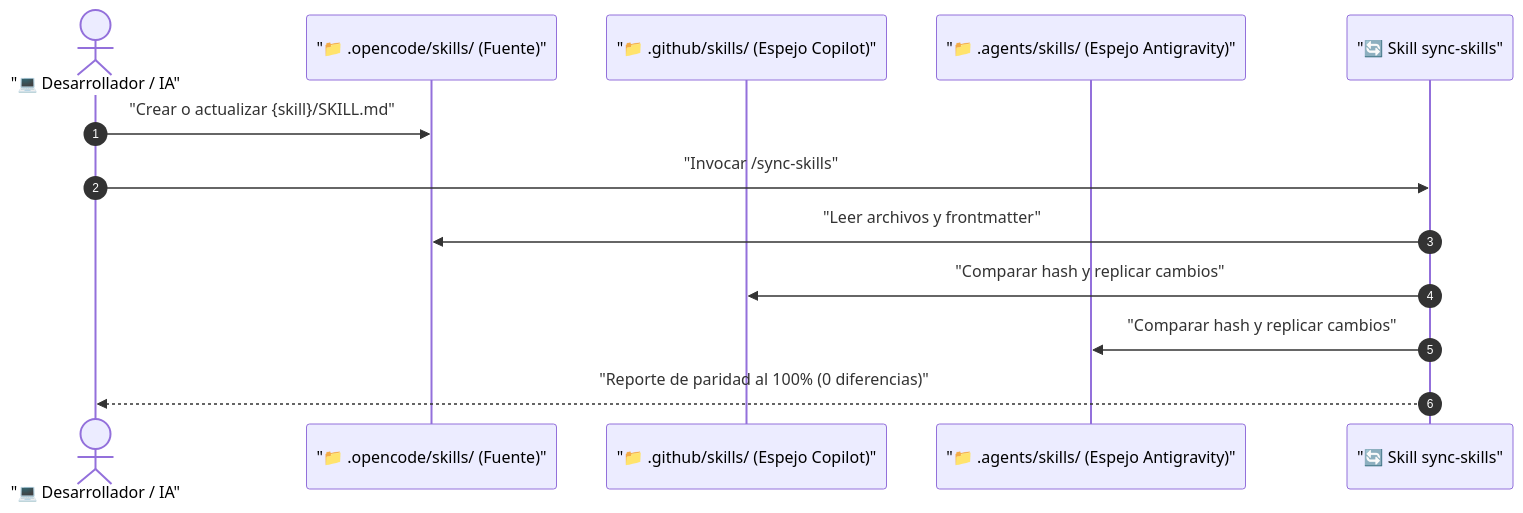
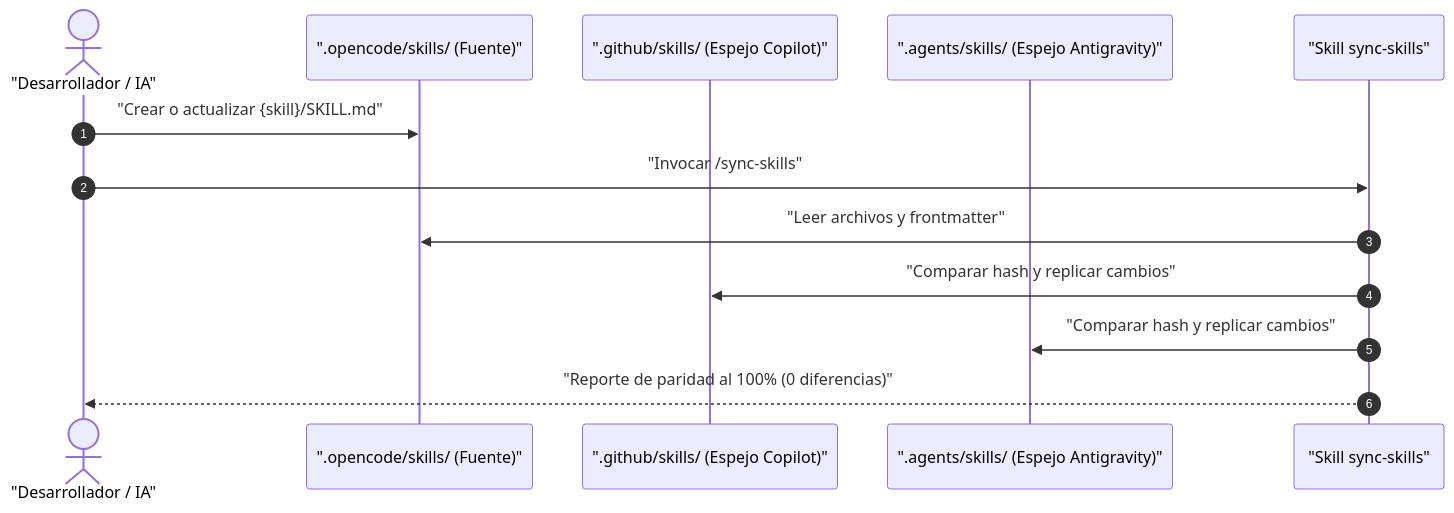
Before and after one commit to Nayid4/ContextForge: the diagram in project-docs/knowledge/modules/triple-sync-engine/sequence.md, drawn with Mermaid. The commit also changed 32 other files, not shown here.

````diff
--- a/project-docs/knowledge/modules/triple-sync-engine/sequence.md
+++ b/project-docs/knowledge/modules/triple-sync-engine/sequence.md
@@ -3,16 +3,16 @@
 ```mermaid
 sequenceDiagram
   autonumber
-  actor Dev as "💻 Desarrollador / IA"
-  participant Truth as "📁 .opencode/skills/ (Fuente)"
-  participant MirrorCopilot as "📁 .github/skills/ (Espejo Copilot)"
-  participant MirrorAGY as "📁 .agents/skills/ (Espejo Antigravity)"
-  participant SyncTool as "🔄 Skill sync-skills"
+  actor Dev as "Desarrollador / IA"
+  participant Truth as ".opencode/skills/ (Fuente)"
+  participant MirrorCopilot as ".github/skills/ (Espejo Copilot)"
+  participant MirrorAGY as ".agents/skills/ (Espejo Antigravity)"
+  participant SyncTool as "Skill sync-skills"
 
   Dev->>Truth: "Crear o actualizar {skill}/SKILL.md"
   Dev->>SyncTool: "Invocar /sync-skills"
   SyncTool->>Truth: "Leer archivos y frontmatter"
   SyncTool->>MirrorCopilot: "Comparar hash y replicar cambios"
   SyncTool->>MirrorAGY: "Comparar hash y replicar cambios"
   SyncTool-->>Dev: "Reporte de paridad al 100% (0 diferencias)"
 ```
````
